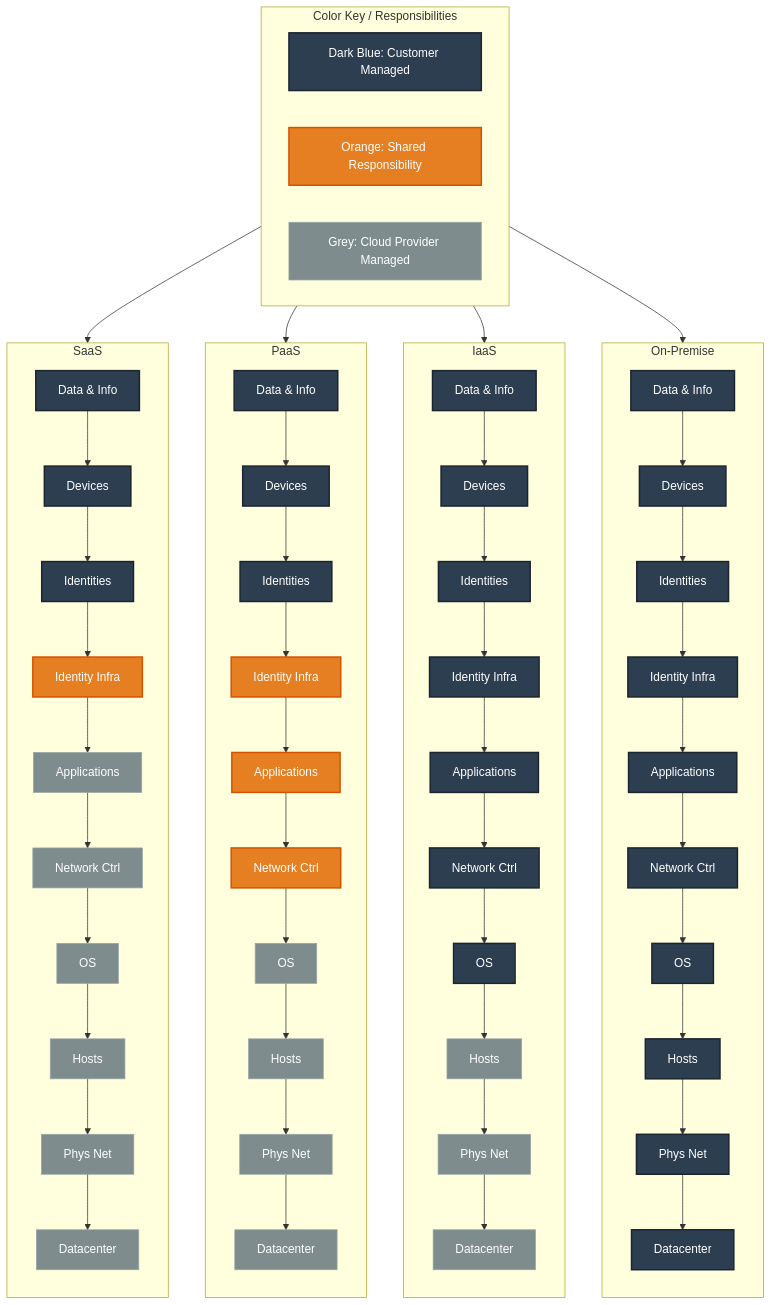
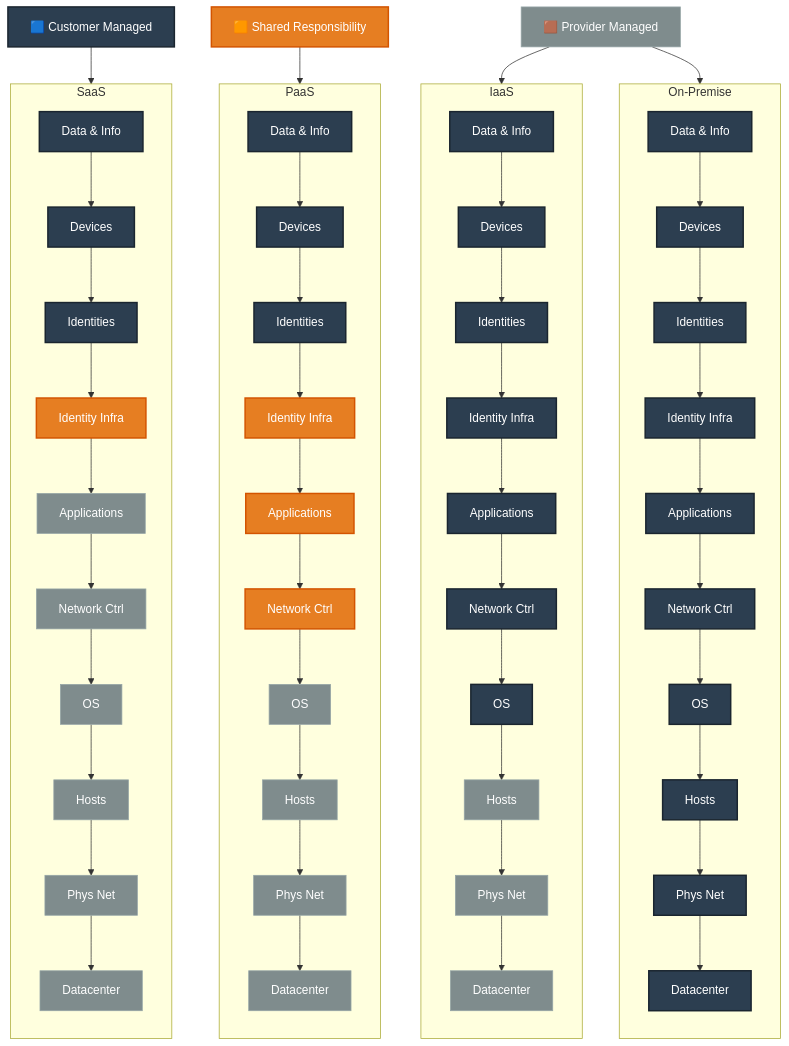
One commit to Chaitrali-tambe/az-900-Notes changed the diagram in 2-Shared-responsibility-model.md. Above: the diagram before and after it, drawn with Mermaid.

Commit message:
Revise visual legend for shared responsibility model

````diff
--- a/2-Shared-responsibility-model.md
+++ b/2-Shared-responsibility-model.md
@@ -10,13 +10,10 @@
     classDef provider fill:#7f8c8d,stroke:#95a5a6,stroke-width:1px,color:#fff;
     classDef groupStyle fill:#f8f9fa,stroke:#bdc3c7,stroke-width:1px;
 
-    %% --- VISUAL LEGEND HEADER ---
-    subgraph LEGEND [Color Key / Responsibilities]
-        direction LR
-        L1[Dark Blue: Customer Managed]:::customer
-        L2[Orange: Shared Responsibility]:::shared
-        L3[Grey: Cloud Provider Managed]:::provider
-    end
+    %% --- INLINE LEGEND NODES (NO SUBGRAPH) ---
+    L1["🟦 Customer Managed"]:::customer --> SaaS
+    L2["🟧 Shared Responsibility"]:::shared --> PaaS
+    L3["🟫 Provider Managed"]:::provider --> IaaS
 
     %% --- SAAS COLUMN ---
     subgraph SaaS [SaaS]
@@ -78,11 +75,8 @@
         O10[Datacenter]:::customer
     end
 
-    %% Anchor the legend neatly above the portrait infrastructure columns
-    LEGEND --> SaaS
-    LEGEND --> PaaS
-    LEGEND --> IaaS
-    LEGEND --> OnPrem
+    %% Additional layout alignment
+    L3 --> OnPrem
 
     %% Apply group styles to columns
     style SaaS groupStyle
@@ -90,5 +84,4 @@
     style IaaS groupStyle
     style OnPrem groupStyle
 
-
 ```
````
